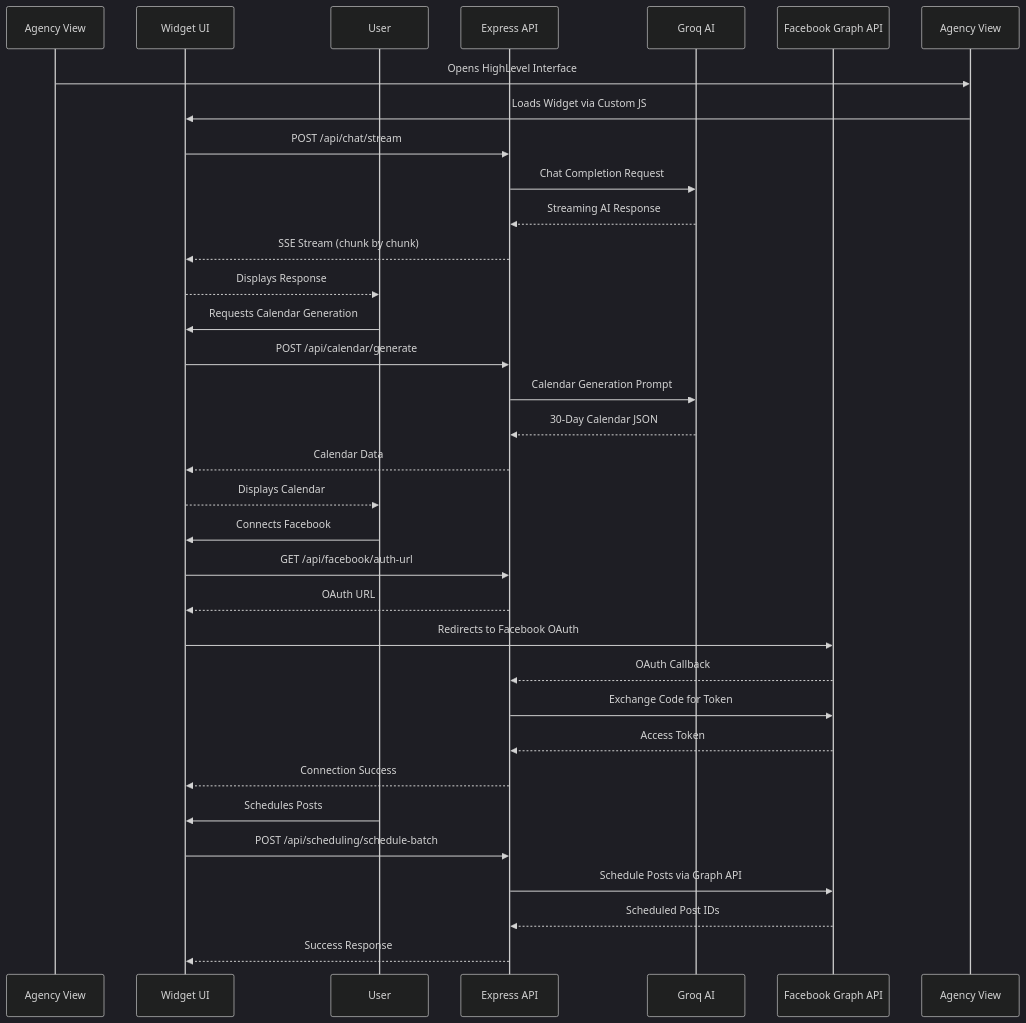
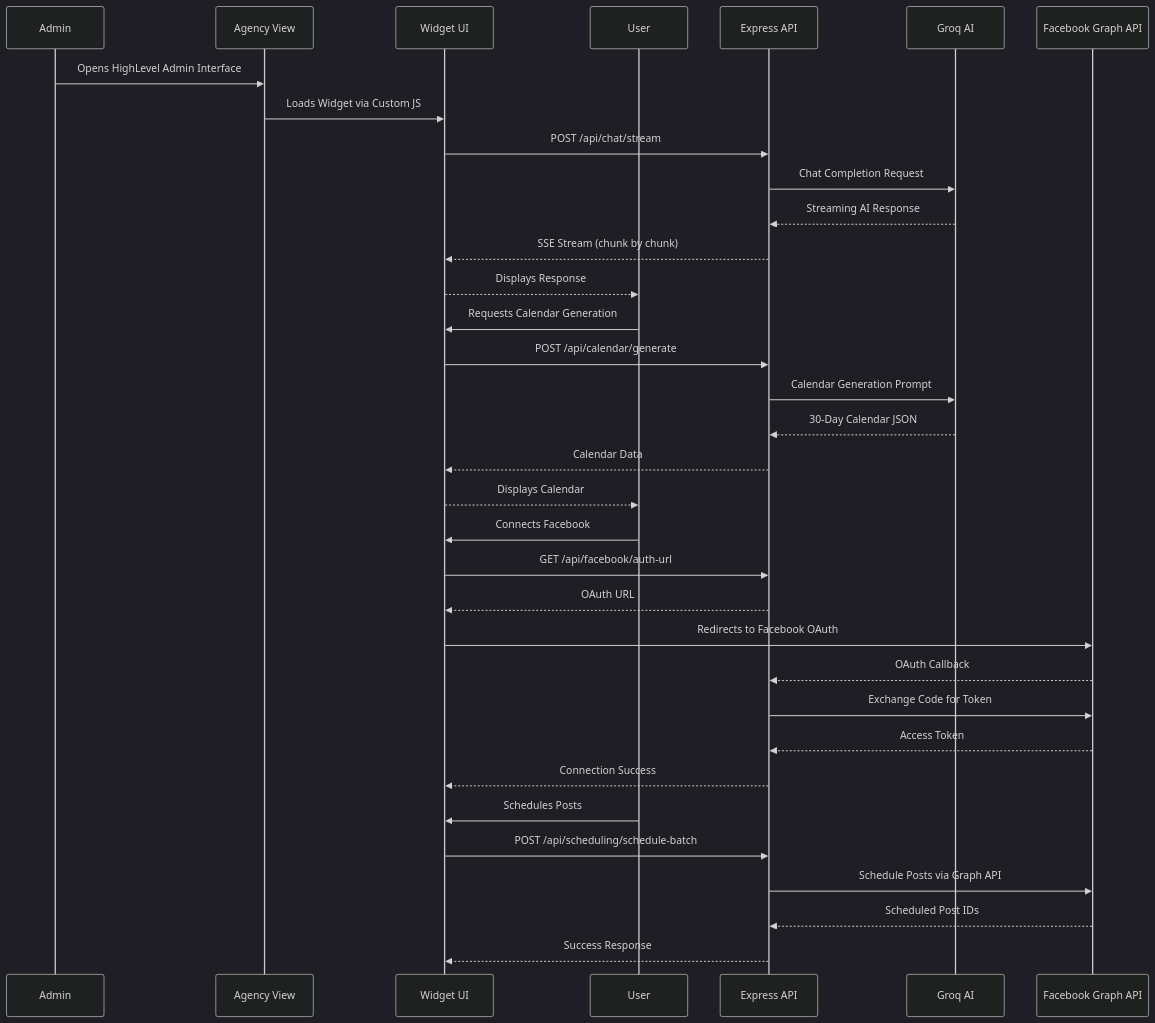
One commit to trials009/hl-copilot changed the second of 3 diagrams in README.md. Above: the diagram before and after it, drawn with Mermaid (dark theme). The commit also changed other lines of this file, not shown here.

````diff
--- a/README.md
+++ b/README.md
@@ -47,39 +47,40 @@
 ```mermaid
 sequenceDiagram
-    participant Admin as Agency View
+    participant Admin
+    participant Agency as Agency View
     participant Widget as Widget UI
     participant User
     participant API as Express API
     participant Groq as Groq AI
     participant FB as Facebook Graph API
     
-    Admin->>Agency View: Opens HighLevel Interface
-    Agency View->>Widget: Loads Widget via Custom JS
+    Admin->>Agency: Opens HighLevel Admin Interface
+    Agency->>Widget: Loads Widget via Custom JS
     Widget->>API: POST /api/chat/stream
     API->>Groq: Chat Completion Request
     Groq-->>API: Streaming AI Response
     API-->>Widget: SSE Stream (chunk by chunk)
     Widget-->>User: Displays Response
     
     User->>Widget: Requests Calendar Generation
     Widget->>API: POST /api/calendar/generate
     API->>Groq: Calendar Generation Prompt
     Groq-->>API: 30-Day Calendar JSON
     API-->>Widget: Calendar Data
     Widget-->>User: Displays Calendar
     
     User->>Widget: Connects Facebook
     Widget->>API: GET /api/facebook/auth-url
     API-->>Widget: OAuth URL
     Widget->>FB: Redirects to Facebook OAuth
     FB-->>API: OAuth Callback
     API->>FB: Exchange Code for Token
     FB-->>API: Access Token
     API-->>Widget: Connection Success
     
     User->>Widget: Schedules Posts
     Widget->>API: POST /api/scheduling/schedule-batch
     API->>FB: Schedule Posts via Graph API
     FB-->>API: Scheduled Post IDs
     API-->>Widget: Success Response
 ```
````
